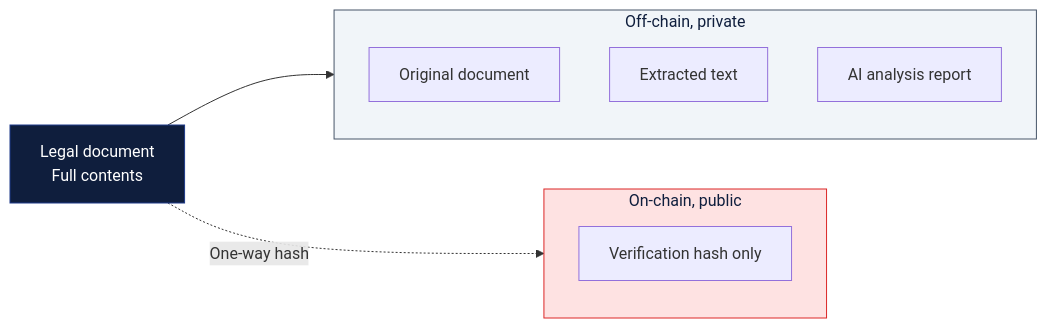
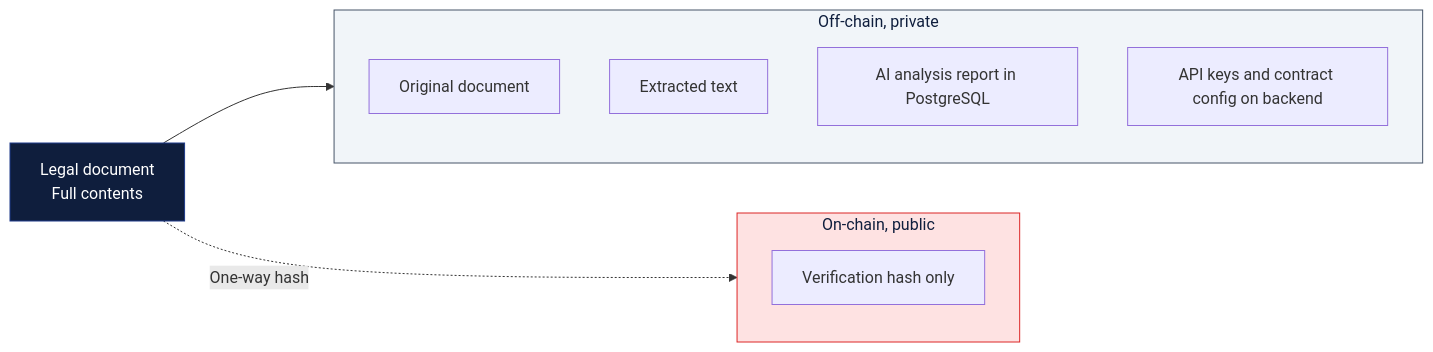
One commit to Hajrajadoon/LexProof-AI changed the seventh of 8 diagrams in README.md. Above: the diagram before and after it, drawn with Mermaid. The commit also changed other lines of this file, not shown here.

````diff
--- a/README.md
+++ b/README.md
@@ -255,23 +340,24 @@
 ```mermaid
 flowchart LR
     DOC["Legal document<br/>Full contents"]
 
     subgraph OFF["Off-chain, private"]
         direction TB
         A1["Original document"]
         A2["Extracted text"]
-        A3["AI analysis report"]
+        A3["AI analysis report in PostgreSQL"]
+        A4["API keys and contract config on backend"]
     end
 
     subgraph ON["On-chain, public"]
         direction TB
         B1["Verification hash only"]
     end
 
     DOC --> OFF
     DOC -. "One-way hash" .-> ON
 
     style OFF fill:#F1F5F9,stroke:#475569,color:#0F1E3D
     style ON fill:#FEE2E2,stroke:#DC2626,color:#0F1E3D
     style DOC fill:#0F1E3D,stroke:#1E3A8A,color:#fff
 ```
````
